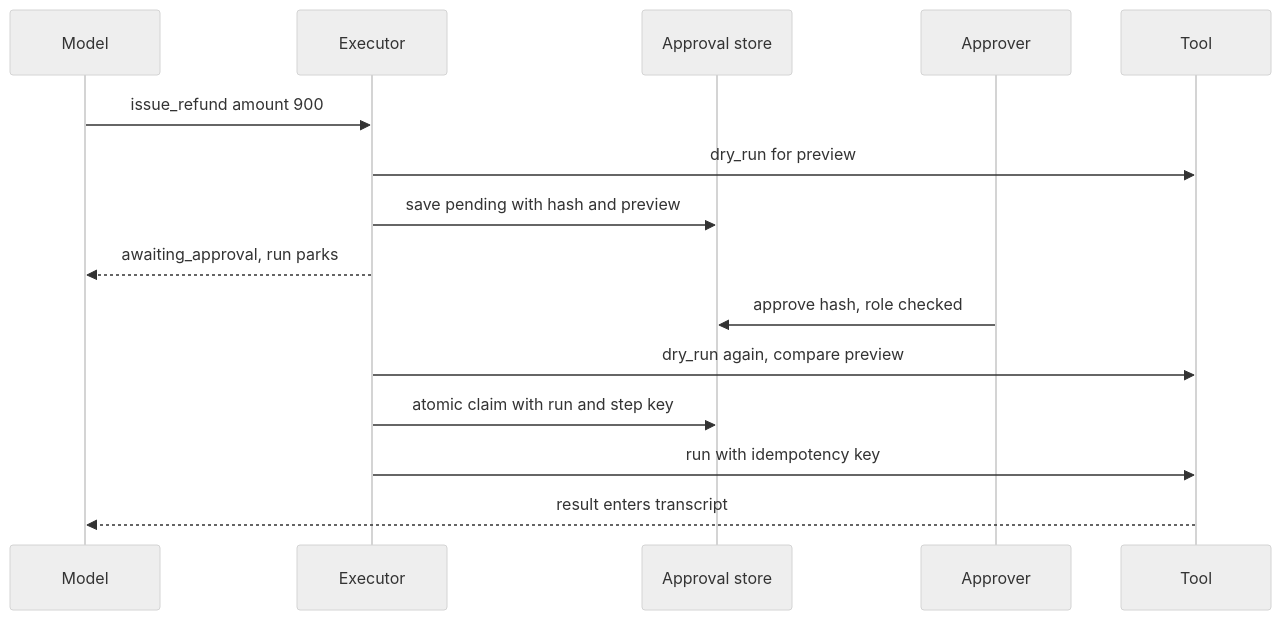
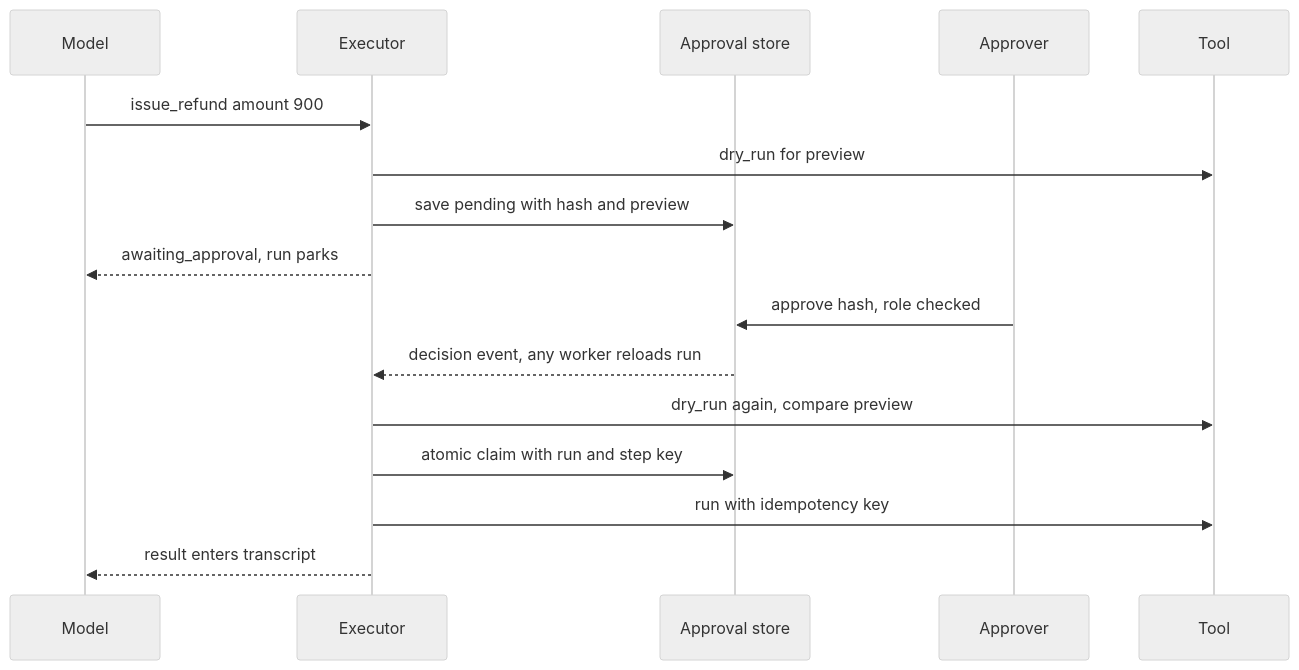
Before and after one commit to lovishmahajan97/agentic-learning: the diagram in content/agents/approval-gates-for-consequential-actions.md, drawn with Mermaid (neutral theme). The commit also changed other lines of this file and 213 other files, not shown here.

````diff
--- a/content/agents/approval-gates-for-consequential-actions.md
+++ b/content/agents/approval-gates-for-consequential-actions.md
@@ -121,17 +122,18 @@
 ```mermaid
 sequenceDiagram
     participant M as Model
     participant E as Executor
     participant S as Approval store
     participant A as Approver
     participant T as Tool
     M->>E: issue_refund amount 900
     E->>T: dry_run for preview
     E->>S: save pending with hash and preview
     E-->>M: awaiting_approval, run parks
     A->>S: approve hash, role checked
+    S-->>E: decision event, any worker reloads run
     E->>T: dry_run again, compare preview
     E->>S: atomic claim with run and step key
     E->>T: run with idempotency key
-    T-->>M: result enters transcript
+    E-->>M: result enters transcript
 ```
````
